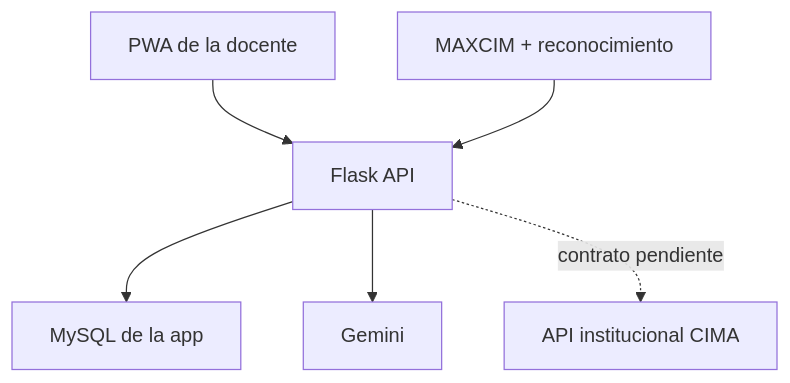
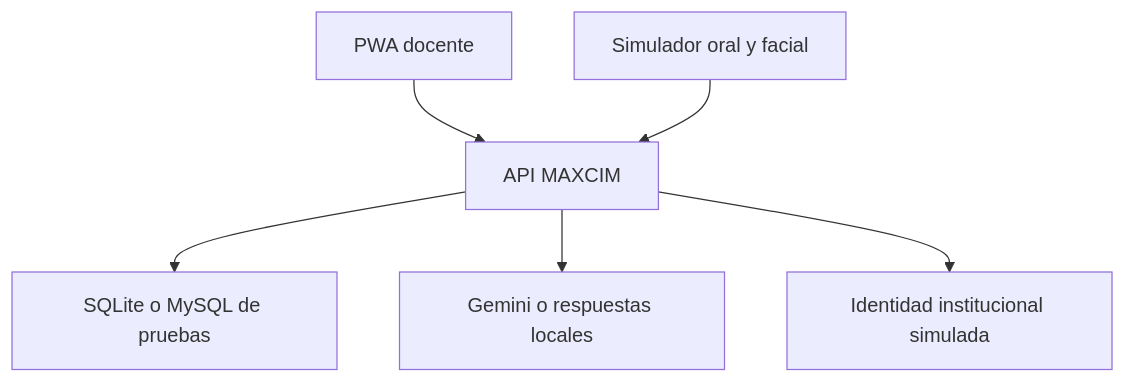
One commit to arodasr-cima/maxcim_app changed the diagram in README.md. Above: the diagram before and after it, drawn with Mermaid. The commit also changed other lines of this file and 30 other files, not shown here.

````diff
--- a/README.md
+++ b/README.md
@@ -18,8 +21,8 @@
 ```mermaid
 flowchart TD
-    PWA["PWA de la docente"] --> API["Flask API"]
-    ROBOT["MAXCIM + reconocimiento"] --> API
-    API --> DB["MySQL de la app"]
-    API --> GEMINI["Gemini"]
-    API -. "contrato pendiente" .-> INST["API institucional CIMA"]
+    PWA["PWA docente"] --> API["API MAXCIM"]
+    SIM["Simulador oral y facial"] --> API
+    API --> DB["SQLite o MySQL de pruebas"]
+    API --> AI["Gemini o respuestas locales"]
+    API --> INST["Identidad institucional simulada"]
 ```
````
